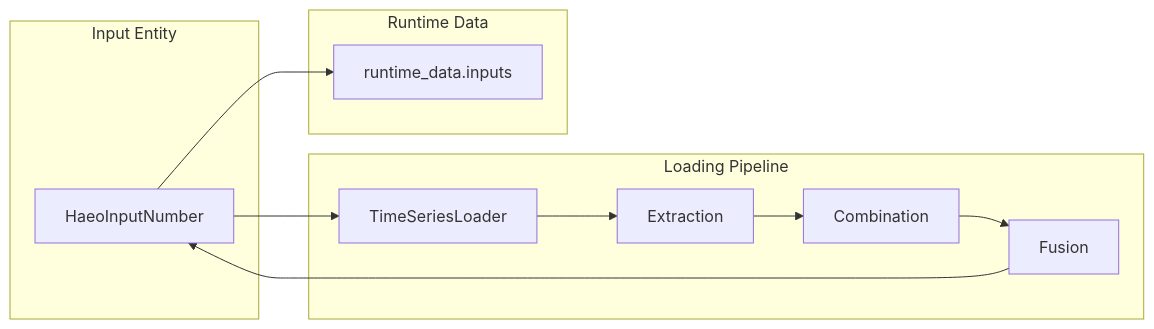
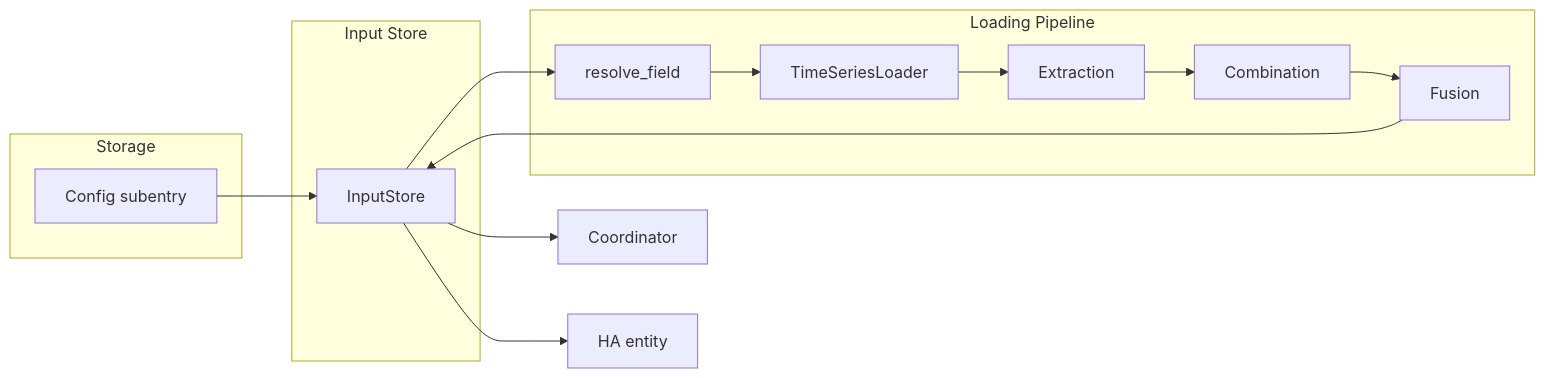
Before and after one commit to hass-energy/haeo: the diagram in docs/developer-guide/data-loading.md, drawn with Mermaid. The commit also changed other lines of this file and 18 other files, not shown here.

````diff
--- a/docs/developer-guide/data-loading.md
+++ b/docs/developer-guide/data-loading.md
@@ -35,24 +38,28 @@
 ```mermaid
 graph LR
-    subgraph "Input Entity"
-        IE[HaeoInputNumber]
+    subgraph "Storage"
+        SE[Config subentry]
+    end
+
+    subgraph "Input Store"
+        IS[InputStore]
     end
 
     subgraph "Loading Pipeline"
+        RF[resolve_field]
         TSL[TimeSeriesLoader]
         Ext[Extraction]
         Comb[Combination]
         Fuse[Fusion]
     end
 
-    subgraph "Runtime Data"
-        RD[runtime_data.inputs]
-    end
-
-    IE --> TSL
+    SE --> IS
+    IS --> RF
+    RF --> TSL
     TSL --> Ext
     Ext --> Comb
     Comb --> Fuse
-    Fuse --> IE
-    IE --> RD
+    Fuse --> IS
+    IS --> Coord[Coordinator]
+    IS --> Ent[HA entity]
 ```
````
